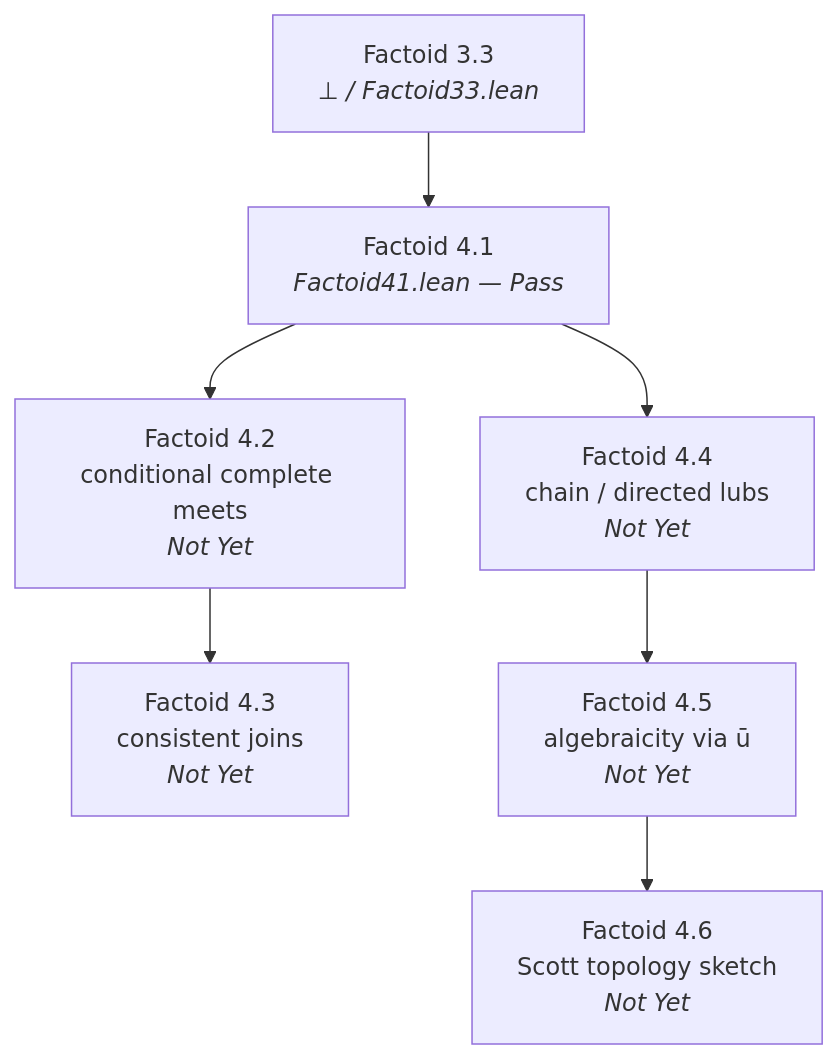
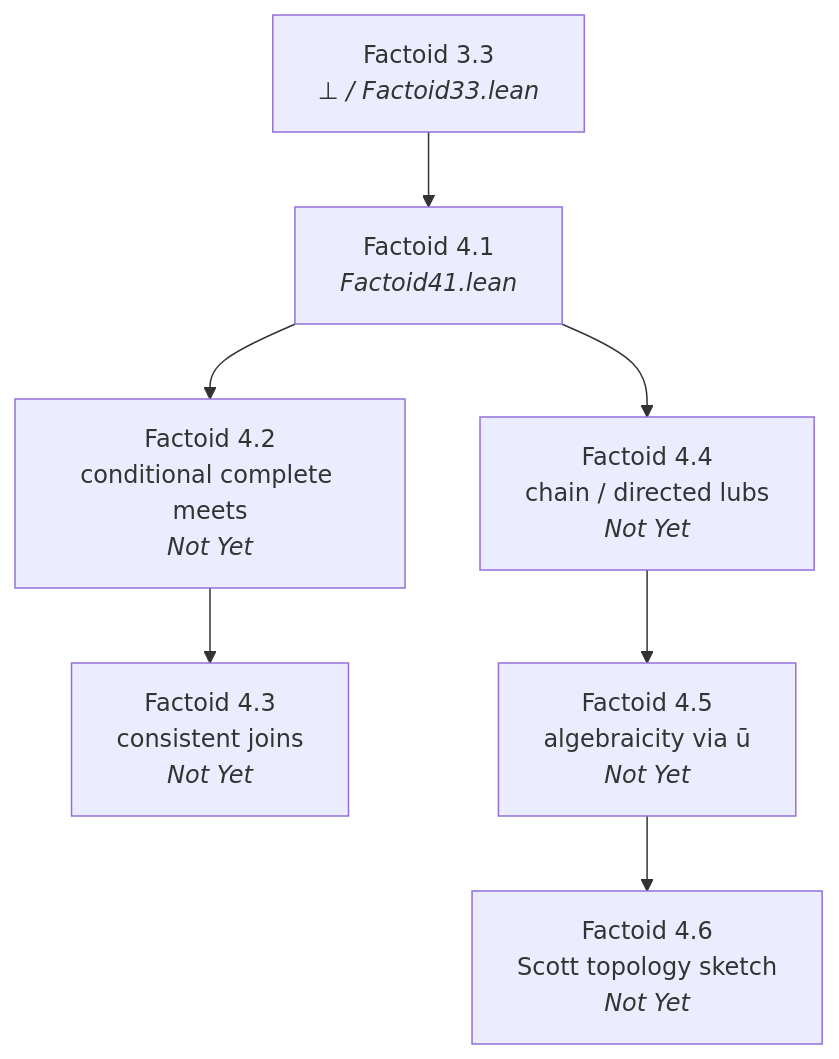
Before and after one commit to catskillsresearch/scott1982: the sixth of 10 diagrams in arxiv.md, drawn with Mermaid. The commit also changed other lines of this file and 1 other file, not shown here.

First line of the commit message:
Drop Pass status vocabulary from the arXiv narrative.

````diff
--- a/arxiv.md
+++ b/arxiv.md
@@ -319,14 +304,14 @@
 ```mermaid
 flowchart TD
   F33["Factoid 3.3<br/><i>⊥ / Factoid33.lean</i>"]
-  F41["Factoid 4.1<br/><i>Factoid41.lean — Pass</i>"]
+  F41["Factoid 4.1<br/><i>Factoid41.lean</i>"]
   F42["Factoid 4.2<br/>conditional complete meets<br/><i>Not Yet</i>"]
   F43["Factoid 4.3<br/>consistent joins<br/><i>Not Yet</i>"]
   F44["Factoid 4.4<br/>chain / directed lubs<br/><i>Not Yet</i>"]
   F45["Factoid 4.5<br/>algebraicity via ū<br/><i>Not Yet</i>"]
   F46["Factoid 4.6<br/>Scott topology sketch<br/><i>Not Yet</i>"]
   F33 --> F41
   F41 --> F42 --> F43
   F41 --> F44 --> F45
   F45 --> F46
 ```
````
